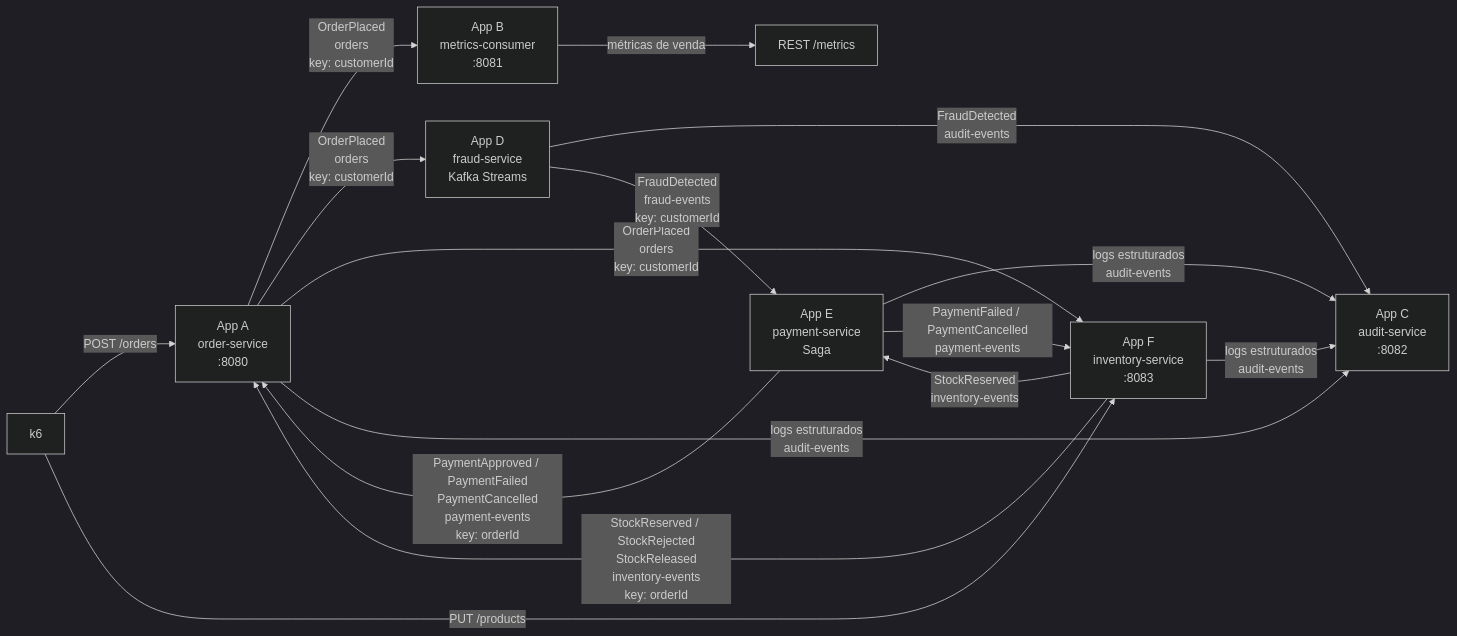
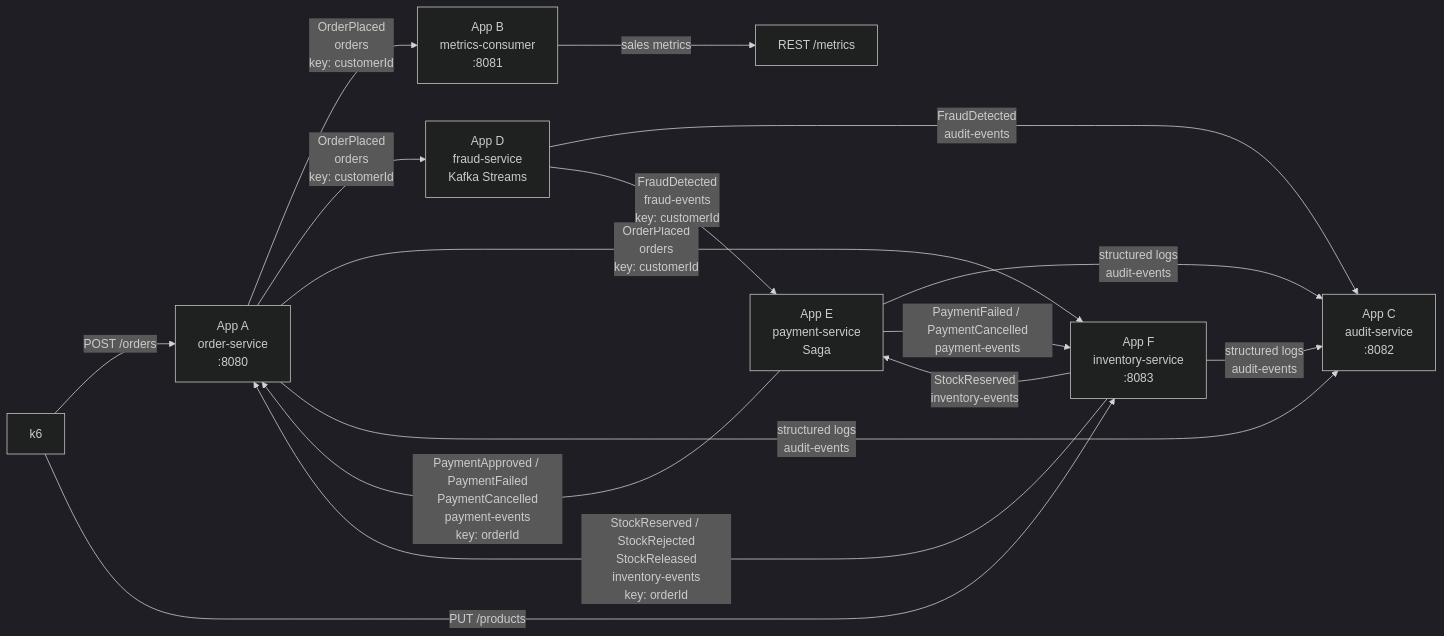
The first of 7 diagrams in README.md (joaolaureano/training_kafka), drawn with Mermaid (dark theme) before and after one commit. The commit also changed other lines of this file and 1 other file, not shown here.

````diff
--- a/README.md
+++ b/README.md
@@ -18,18 +20,18 @@
 ```mermaid
 flowchart LR
     K6[k6] -->|POST /orders| Order[App A<br/>order-service<br/>:8080]
     K6 -->|PUT /products| Inventory[App F<br/>inventory-service<br/>:8083]
     Order -->|OrderPlaced<br/>orders<br/>key: customerId| Metrics[App B<br/>metrics-consumer<br/>:8081]
     Order -->|OrderPlaced<br/>orders<br/>key: customerId| Fraud[App D<br/>fraud-service<br/>Kafka Streams]
     Order -->|OrderPlaced<br/>orders<br/>key: customerId| Inventory
-    Metrics -->|métricas de venda| MetricsApi[REST /metrics]
+    Metrics -->|sales metrics| MetricsApi[REST /metrics]
     Fraud -->|FraudDetected<br/>audit-events| Audit[App C<br/>audit-service<br/>:8082]
-    Order -->|logs estruturados<br/>audit-events| Audit
-    Payment -->|logs estruturados<br/>audit-events| Audit
-    Inventory -->|logs estruturados<br/>audit-events| Audit
+    Order -->|structured logs<br/>audit-events| Audit
+    Payment -->|structured logs<br/>audit-events| Audit
+    Inventory -->|structured logs<br/>audit-events| Audit
     Inventory -->|StockReserved / StockRejected<br/>StockReleased<br/>inventory-events<br/>key: orderId| Order
     Inventory -->|StockReserved<br/>inventory-events| Payment[App E<br/>payment-service<br/>Saga]
     Payment -->|PaymentApproved / PaymentFailed<br/>PaymentCancelled<br/>payment-events<br/>key: orderId| Order
     Payment -->|PaymentFailed / PaymentCancelled<br/>payment-events| Inventory
     Fraud -->|FraudDetected<br/>fraud-events<br/>key: customerId| Payment
 ```
````
